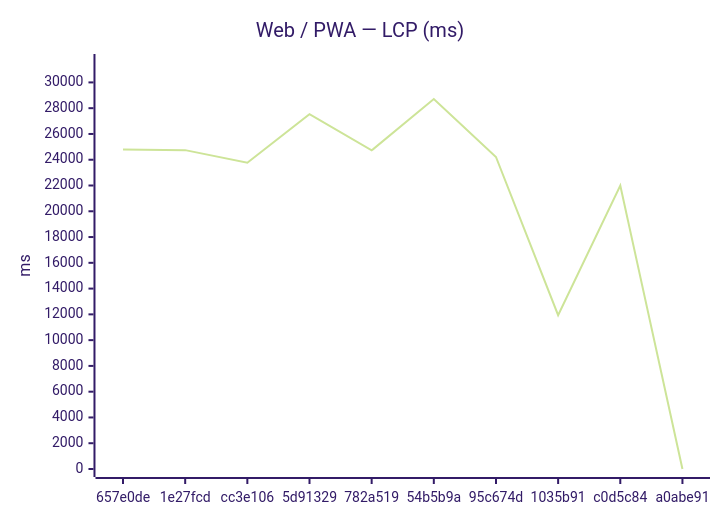
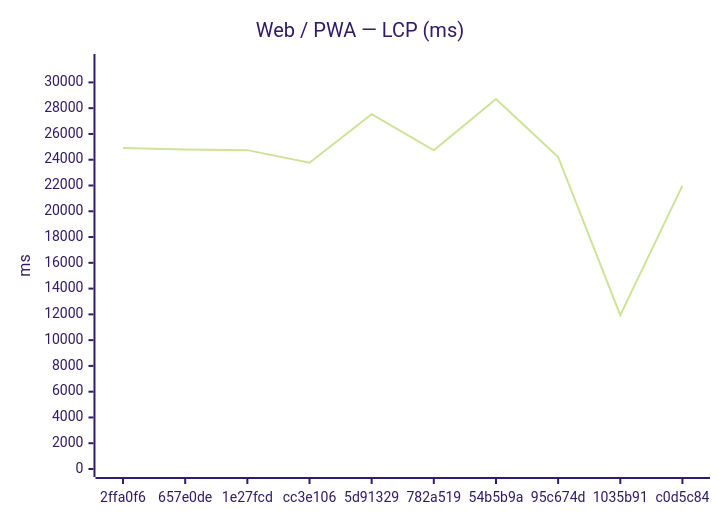
One commit to Metaheurist/Rianell changed the first of 18 diagrams in benchmarks/compare.md. Above: the diagram before and after it, drawn with Mermaid (forest theme). The commit also changed other lines of this file and 11 other files, not shown here.

````diff
--- a/benchmarks/compare.md
+++ b/benchmarks/compare.md
@@ -24,7 +24,7 @@
 ```mermaid
 xychart-beta
     title "Web / PWA — LCP (ms)"
-    x-axis ["657e0de", "1e27fcd", "cc3e106", "5d91329", "782a519", "54b5b9a", "95c674d", "1035b91", "c0d5c84", "a0abe91"]
+    x-axis ["2ffa0f6", "657e0de", "1e27fcd", "cc3e106", "5d91329", "782a519", "54b5b9a", "95c674d", "1035b91", "c0d5c84"]
     y-axis "ms" 0 --> 31584
-    line [24797, 24744, 23765, 27536, 24725, 28712, 24213, 11936, 21994, 0]
+    line [24910, 24797, 24744, 23765, 27536, 24725, 28712, 24213, 11936, 21994]
 ```
````
